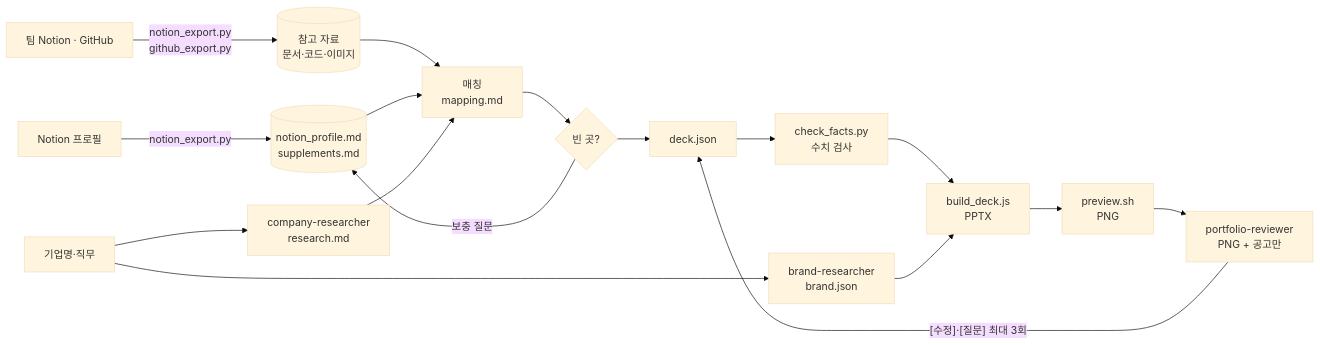
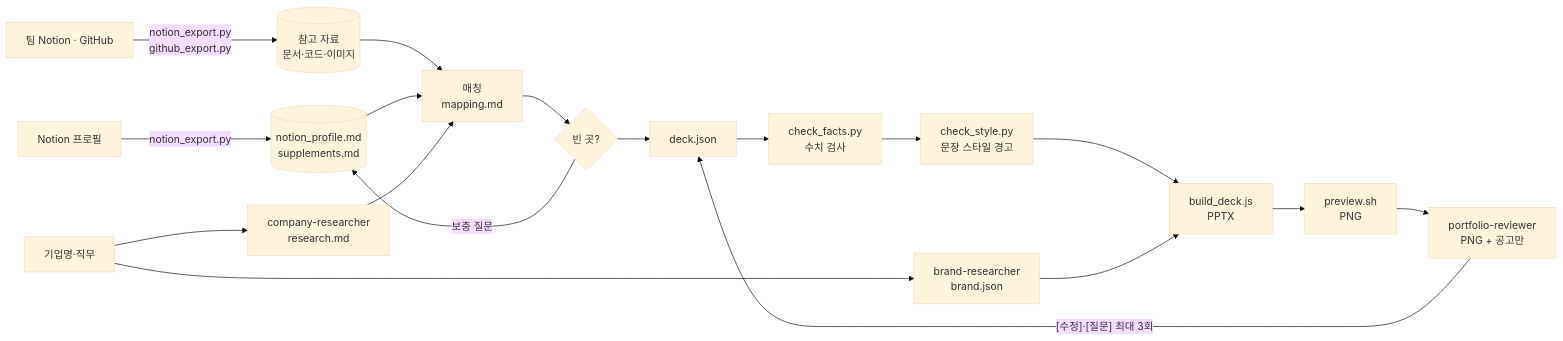
Before and after one commit to donghoong2/company-portfolio: the diagram in README.md, drawn with Mermaid (base theme). The commit also changed other lines of this file and 15 other files, not shown here.

````diff
--- a/README.md
+++ b/README.md
@@ -113,19 +113,20 @@
 ```mermaid
 flowchart LR
     N[Notion 프로필] -->|notion_export.py| P[(notion_profile.md<br/>supplements.md)]
     T[팀 Notion · GitHub] -->|notion_export.py<br/>github_export.py| RF[(참고 자료<br/>문서·코드·이미지)]
     RF --> M
     C[기업명·직무] --> R1[company-researcher<br/>research.md]
     C --> R2[brand-researcher<br/>brand.json]
     P --> M[매칭<br/>mapping.md]
     R1 --> M
     M --> Q{빈 곳?}
     Q -->|보충 질문| P
     Q --> D[deck.json]
     D --> F[check_facts.py<br/>수치 검사]
-    F --> B[build_deck.js<br/>PPTX]
+    F --> S[check_style.py<br/>문장 스타일 경고]
+    S --> B[build_deck.js<br/>PPTX]
     R2 --> B
     B --> V[preview.sh<br/>PNG]
     V --> RV[portfolio-reviewer<br/>PNG + 공고만]
     RV -->|"[수정]·[질문]" 최대 3회| D
 ```
````
